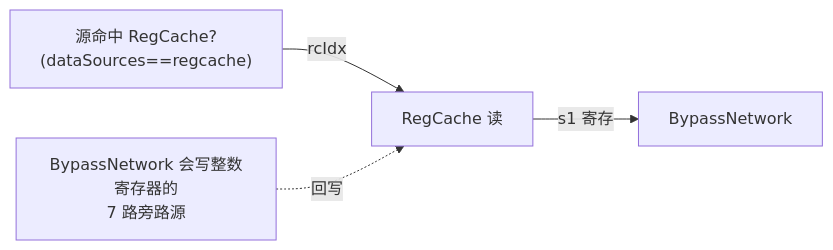
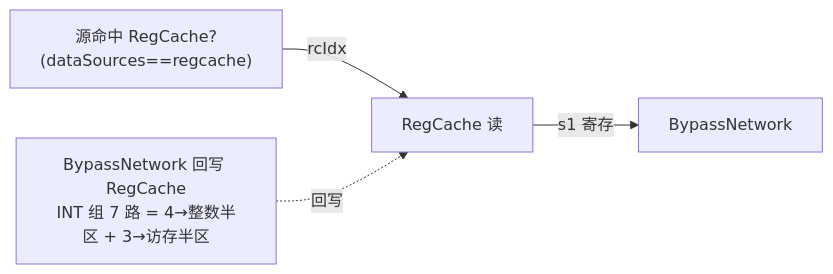
Before and after one commit to shengnanli/xs-v2r2-sv: the fifth of 9 diagrams in docs/backend/arch/4-EXECUTION_WRITEBACK_PRINCIPLES.md, drawn with Mermaid. The commit also changed 7 other files, not shown here.

````diff
--- a/docs/backend/arch/4-EXECUTION_WRITEBACK_PRINCIPLES.md
+++ b/docs/backend/arch/4-EXECUTION_WRITEBACK_PRINCIPLES.md
@@ -213,6 +213,6 @@
 ```mermaid
 flowchart LR
   IQ["源命中 RegCache?<br/>(dataSources==regcache)"] -->|"rcIdx"| RC["RegCache 读"]
   RC -->|"s1 寄存"| BN["BypassNetwork"]
-  BNW["BypassNetwork 会写整数寄存器的<br/>7 路旁路源"] -.->|"回写"| RC
+  BNW["BypassNetwork 回写 RegCache<br/>INT 组 7 路 = 4→整数半区 + 3→访存半区"] -.->|"回写"| RC
 ```
````
